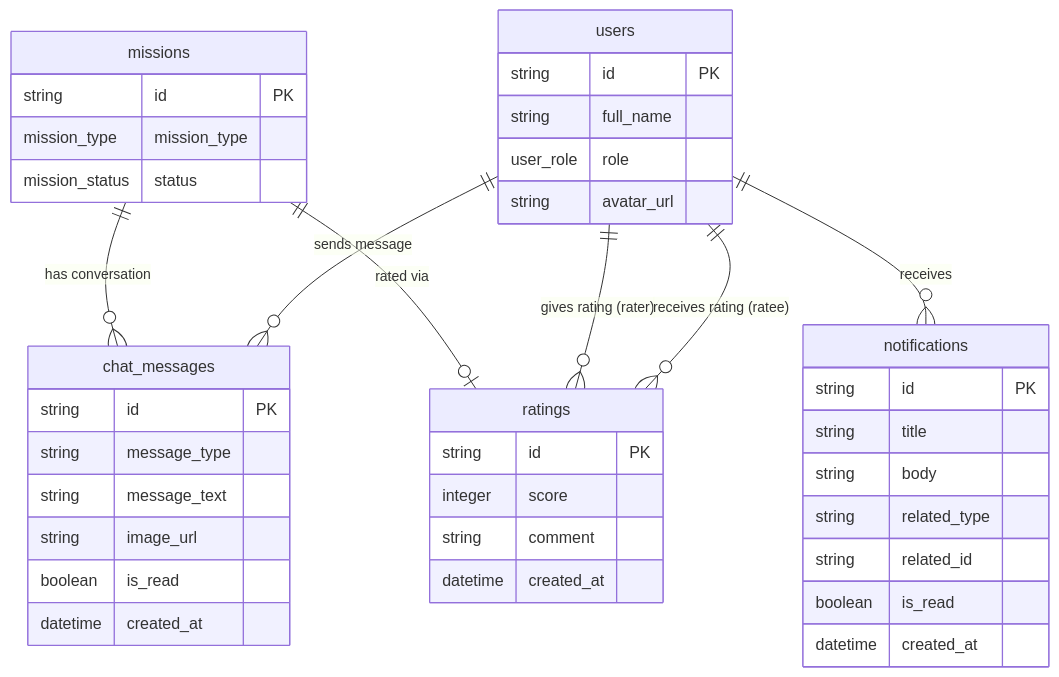
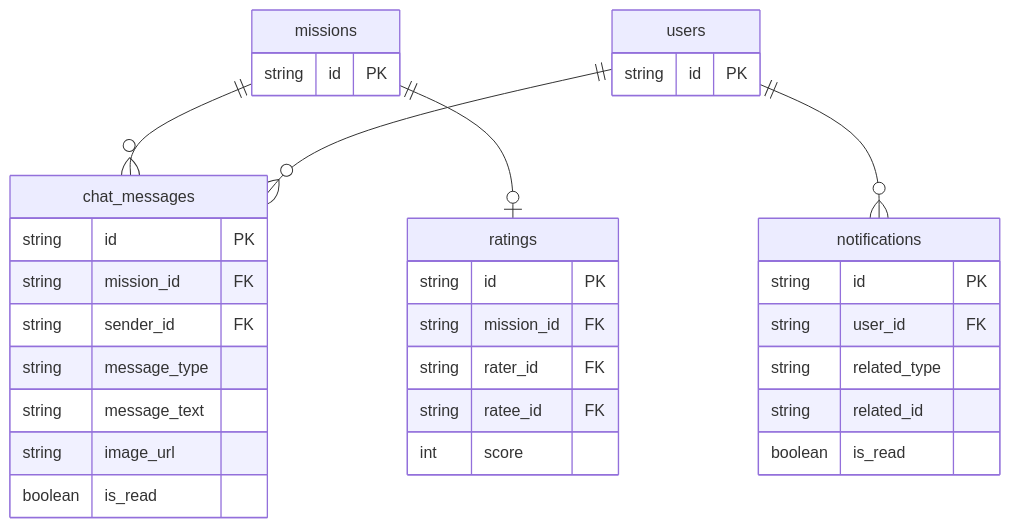
One commit to phatnguyen975/AidBridge changed the sixth of 6 diagrams in docs/database/md/erd.md. Above: the diagram before and after it, drawn with Mermaid. The commit also changed other lines of this file and 11 other files, not shown here.

Commit message:
chores: update erd

````diff
--- a/docs/database/md/erd.md
+++ b/docs/database/md/erd.md
@@ -599,48 +569,37 @@
 ```mermaid
 erDiagram
     missions {
         string id PK
-        mission_type mission_type
-        mission_status status
     }
-
     chat_messages {
         string id PK
+        string mission_id FK
+        string sender_id FK
         string message_type
         string message_text
         string image_url
         boolean is_read
-        datetime created_at
     }
-
     ratings {
         string id PK
-        integer score
-        string comment
-        datetime created_at
+        string mission_id FK
+        string rater_id FK
+        string ratee_id FK
+        int score
     }
-
     notifications {
         string id PK
-        string title
-        string body
+        string user_id FK
         string related_type
         string related_id
         boolean is_read
-        datetime created_at
+    }
+    users {
+        string id PK
     }
 
-    users {
-        string id PK
-        string full_name
-        user_role role
-        string avatar_url
-    }
-
-    missions ||--o{ chat_messages : "has conversation"
-    users    ||--o{ chat_messages : "sends message"
-    missions ||--o|  ratings      : "rated via"
-    users    ||--o{ ratings       : "gives rating (rater)"
-    users    ||--o{ ratings       : "receives rating (ratee)"
-    users    ||--o{ notifications : "receives"
+    missions ||--o{ chat_messages : ""
+    missions ||--o| ratings : ""
+    users ||--o{ chat_messages : ""
+    users ||--o{ notifications : ""
 ```
````
